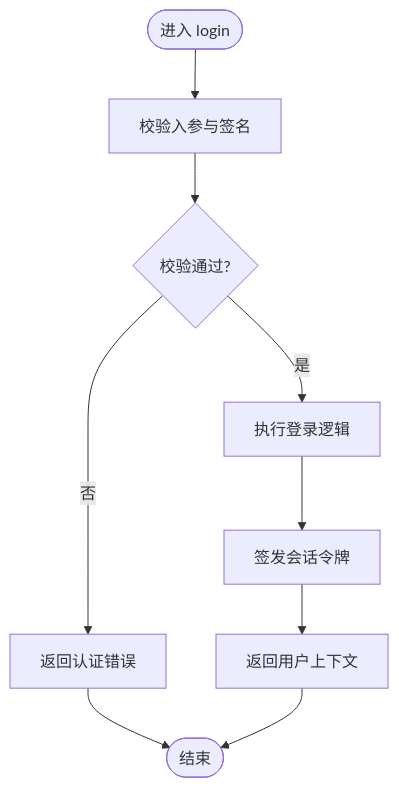
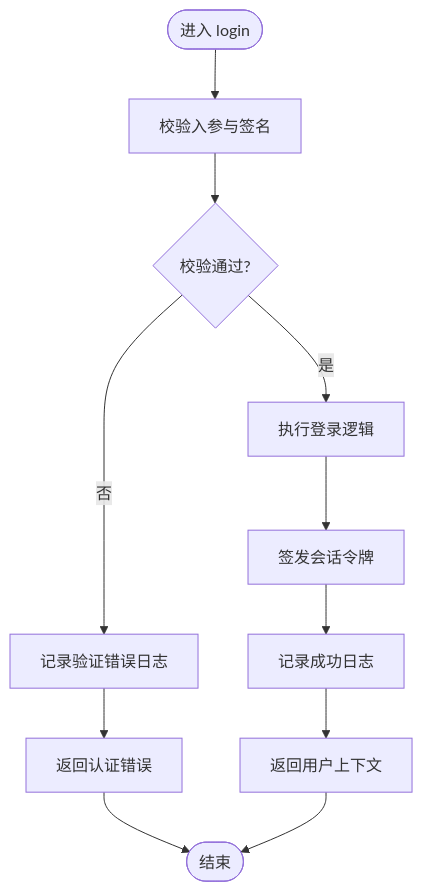
One commit to cwb7756/bio changed the third of 12 diagrams in .qoder/repowiki/zh/content/架构设计/后端架构设计/云函数架构设计.md. Above: the diagram before and after it, drawn with Mermaid. The commit also changed other lines of this file and 45 other files, not shown here.

````diff
--- a/.qoder/repowiki/zh/content/架构设计/后端架构设计/云函数架构设计.md
+++ b/.qoder/repowiki/zh/content/架构设计/后端架构设计/云函数架构设计.md
@@ -203,11 +237,13 @@
 ```mermaid
 flowchart TD
 Start(["进入 login"]) --> Validate["校验入参与签名"]
 Validate --> Valid{"校验通过?"}
-Valid -- "否" --> Err["返回认证错误"]
+Valid -- "否" --> LogErr["记录验证错误日志"]
+LogErr --> Err["返回认证错误"]
 Valid -- "是" --> Auth["执行登录逻辑"]
 Auth --> Token["签发会话令牌"]
-Token --> Return["返回用户上下文"]
+Token --> LogSuccess["记录成功日志"]
+LogSuccess --> Return["返回用户上下文"]
 Err --> End(["结束"])
 Return --> End
 ```
````
